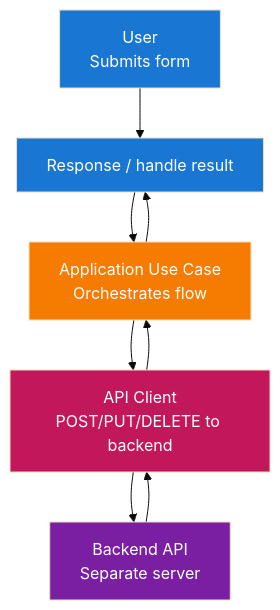
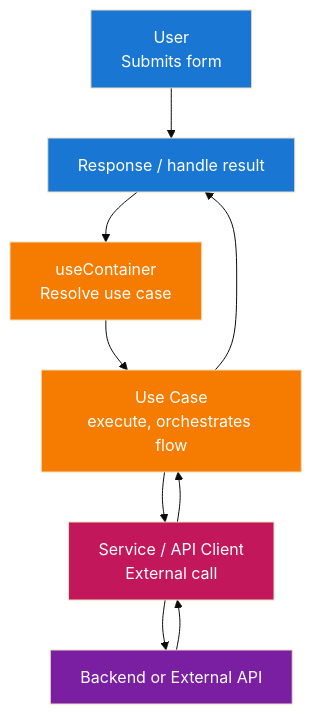
The fourth of 4 diagrams in docs/architecture-vi.md (thinhtran3588/nextjs-starter-kit), drawn with Mermaid (base theme) before and after one commit. The commit also changed other lines of this file and 19 other files, not shown here.

First line of the commit message:
refactor: flatten common components and align docs with architecture (#17)

````diff
--- a/docs/architecture-vi.md
+++ b/docs/architecture-vi.md
@@ -101,16 +103,18 @@
 ```mermaid
 flowchart TD
     User[User<br/>Submits form] --> Component[Client Component<br/>Form with RHF + Zod]
-    Component --> UseCase[Application Use Case<br/>Orchestrates flow]
-    UseCase --> ApiClient[API Client<br/>POST/PUT/DELETE to backend]
-    ApiClient --> Backend[Backend API<br/>Separate server]
-    Backend --> ApiClient
-    ApiClient --> UseCase
+    Component --> Resolve[useContainer<br/>Resolve use case]
+    Resolve --> UseCase[Use Case<br/>execute, orchestrates flow]
+    UseCase --> Service[Service / API Client<br/>External call]
+    Service --> Backend[Backend or External API]
+    Backend --> Service
+    Service --> UseCase
     UseCase --> Component[Response / handle result]
 
     style User fill:#1976d2,color:#fff
     style Component fill:#1976d2,color:#fff
+    style Resolve fill:#f57c00,color:#fff
     style UseCase fill:#f57c00,color:#fff
-    style ApiClient fill:#c2185b,color:#fff
+    style Service fill:#c2185b,color:#fff
     style Backend fill:#7b1fa2,color:#fff
 ```
````
